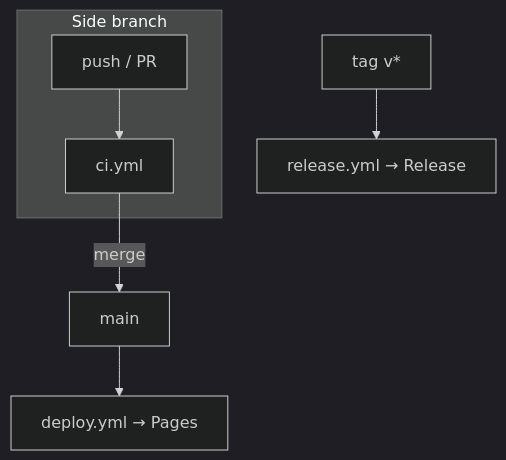
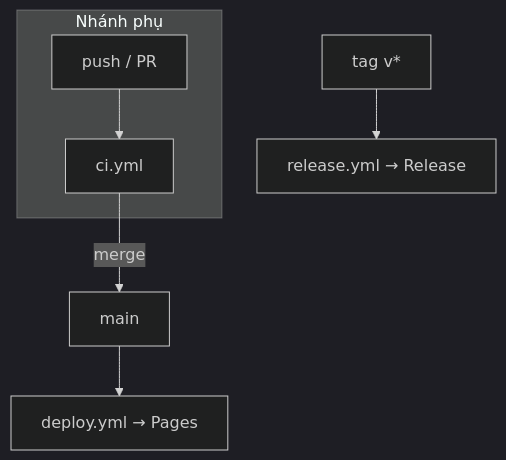
The second of 2 diagrams in knowledge.md (kai261199/Github-CI-CD-Example), drawn with Mermaid (dark theme) before and after one commit. The commit also changed other lines of this file and 2 other files, not shown here.

````diff
--- a/knowledge.md
+++ b/knowledge.md
@@ -233,9 +233,9 @@
 ```mermaid
 flowchart TD
-    subgraph Side branch
+    subgraph Nhánh phụ
         P[push / PR] --> CI[ci.yml]
     end
     CI -->|merge| M[main]
     M --> DEP[deploy.yml → Pages]
     T[tag v*] --> REL[release.yml → Release]
 ```
````
